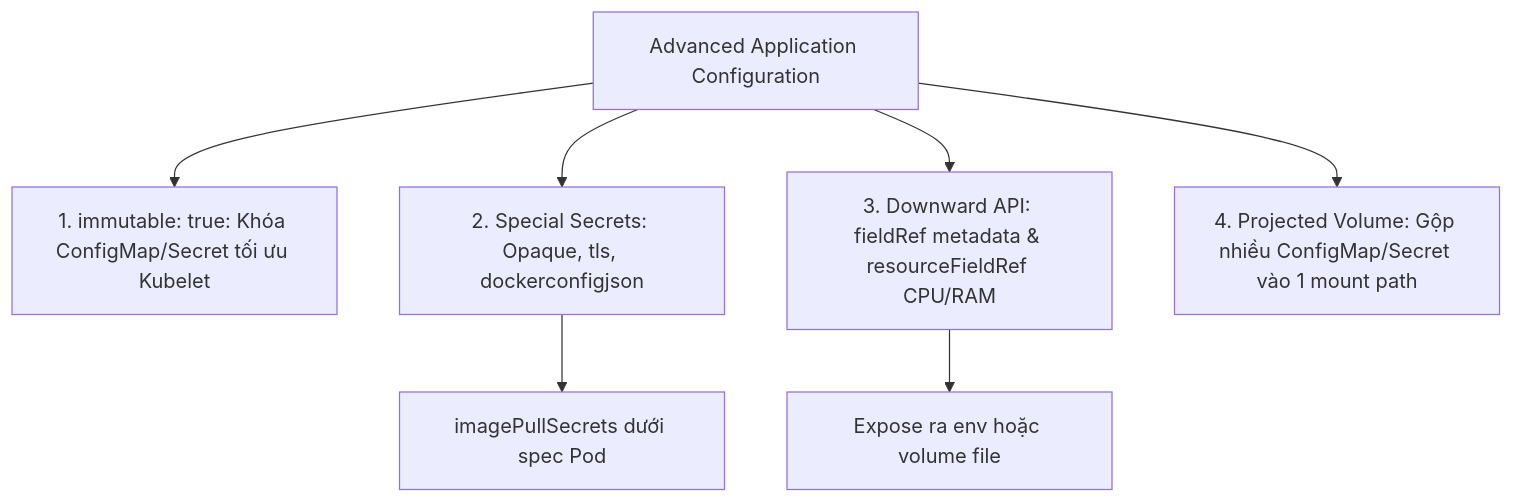
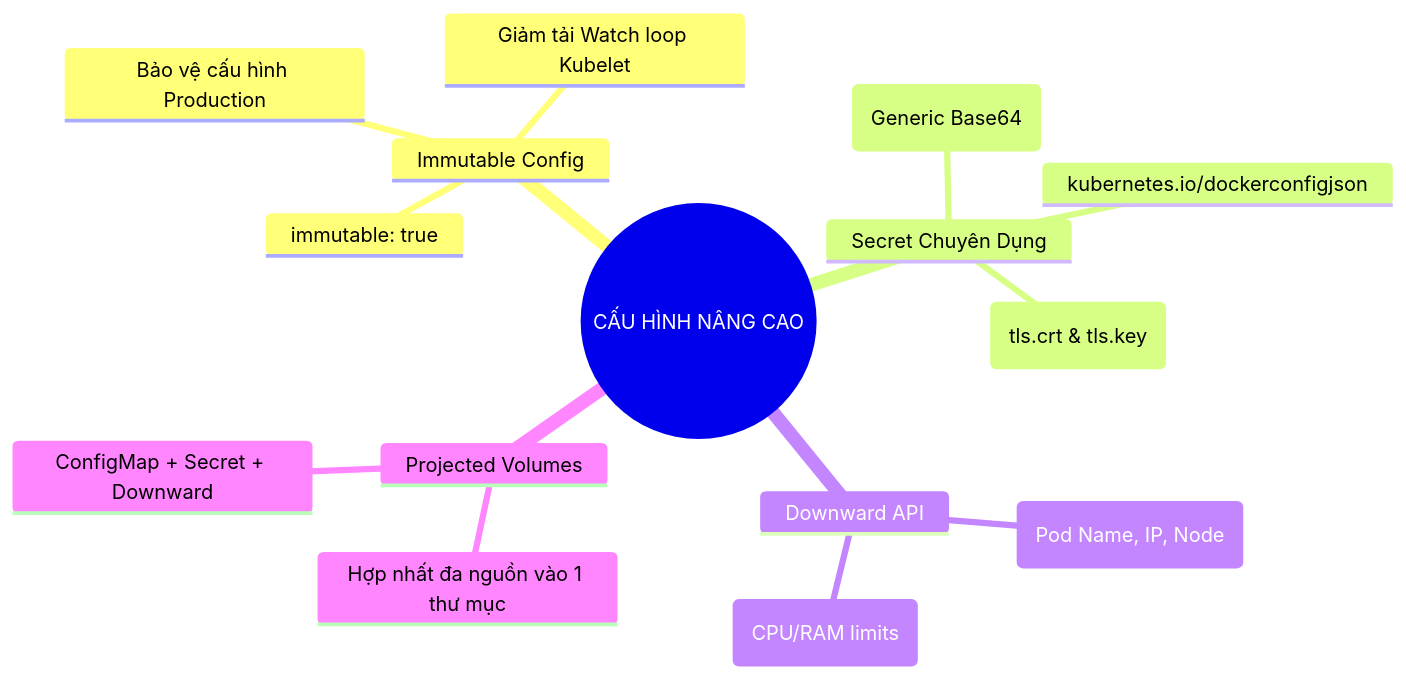
One commit to kiennt308/ntk changed the third of 3 diagrams in _posts/2026-09-12-ckad-10-10-cau-hinh-ung-dung-nang-cao.md. Above: the diagram before and after it, drawn with Mermaid. The commit also changed other lines of this file and 13 other files, not shown here.

````diff
--- a/_posts/2026-09-12-ckad-10-10-cau-hinh-ung-dung-nang-cao.md
+++ b/_posts/2026-09-12-ckad-10-10-cau-hinh-ung-dung-nang-cao.md
@@ -332,10 +529,18 @@
 ```mermaid
-graph TD
-    AdvConfig[Advanced Application Configuration] --> Immutable[1. immutable: true: Khóa ConfigMap/Secret tối ưu Kubelet]
-    AdvConfig --> SecretTypes[2. Special Secrets: Opaque, tls, dockerconfigjson]
-    AdvConfig --> DownwardAPI[3. Downward API: fieldRef metadata & resourceFieldRef CPU/RAM]
-    AdvConfig --> ProjectedVol[4. Projected Volume: Gộp nhiều ConfigMap/Secret vào 1 mount path]
-    
-    SecretTypes --> ImagePull[imagePullSecrets dưới spec Pod]
-    DownwardAPI --> EnvOrVol[Expose ra env hoặc volume file]
+mindmap
+  root((CẤU HÌNH NÂNG CAO))
+    Immutable Config
+      immutable: true
+      Giảm tải Watch loop Kubelet
+      Bảo vệ cấu hình Production
+    Secret Chuyên Dụng
+      Opaque (Generic Base64)
+      kubernetes.io/tls (tls.crt & tls.key)
+      kubernetes.io/dockerconfigjson
+    Downward API
+      fieldRef (Pod Name, IP, Node)
+      resourceFieldRef (CPU/RAM limits)
+    Projected Volumes
+      Hợp nhất đa nguồn vào 1 thư mục
+      ConfigMap + Secret + Downward
 ```
````
